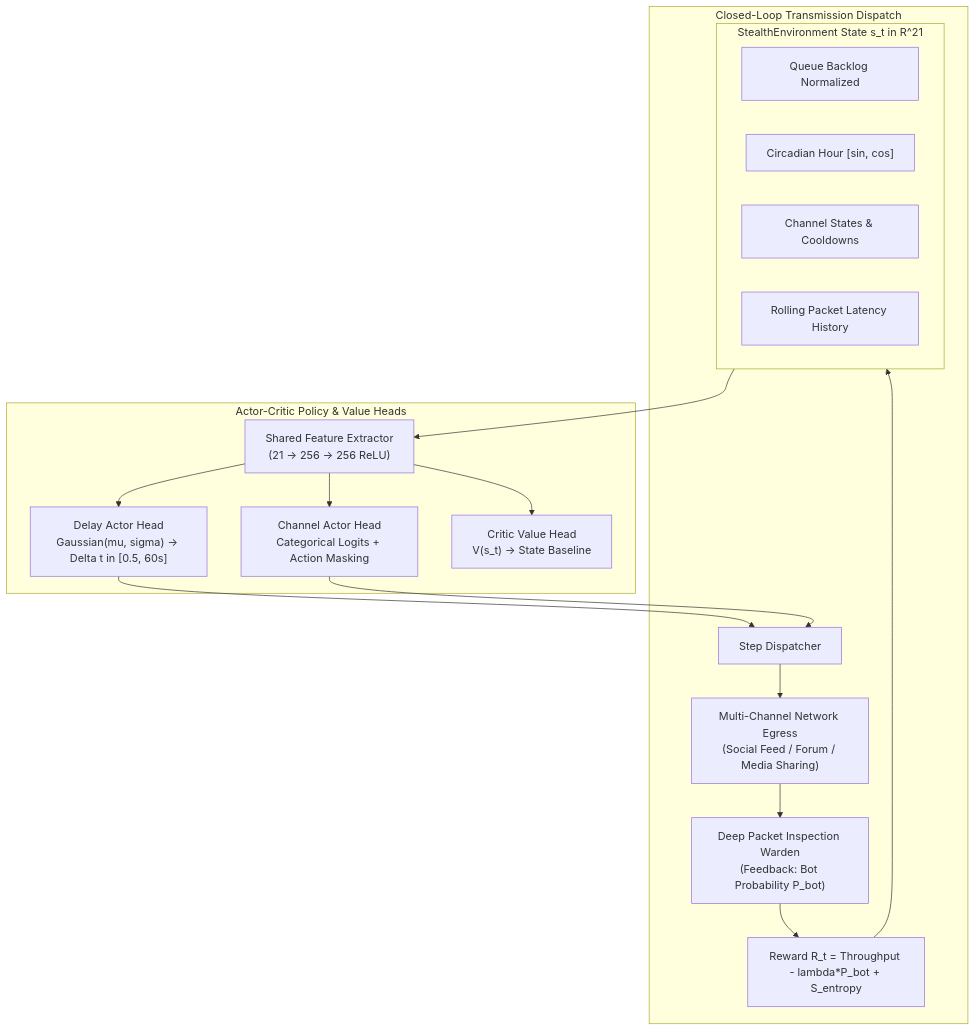
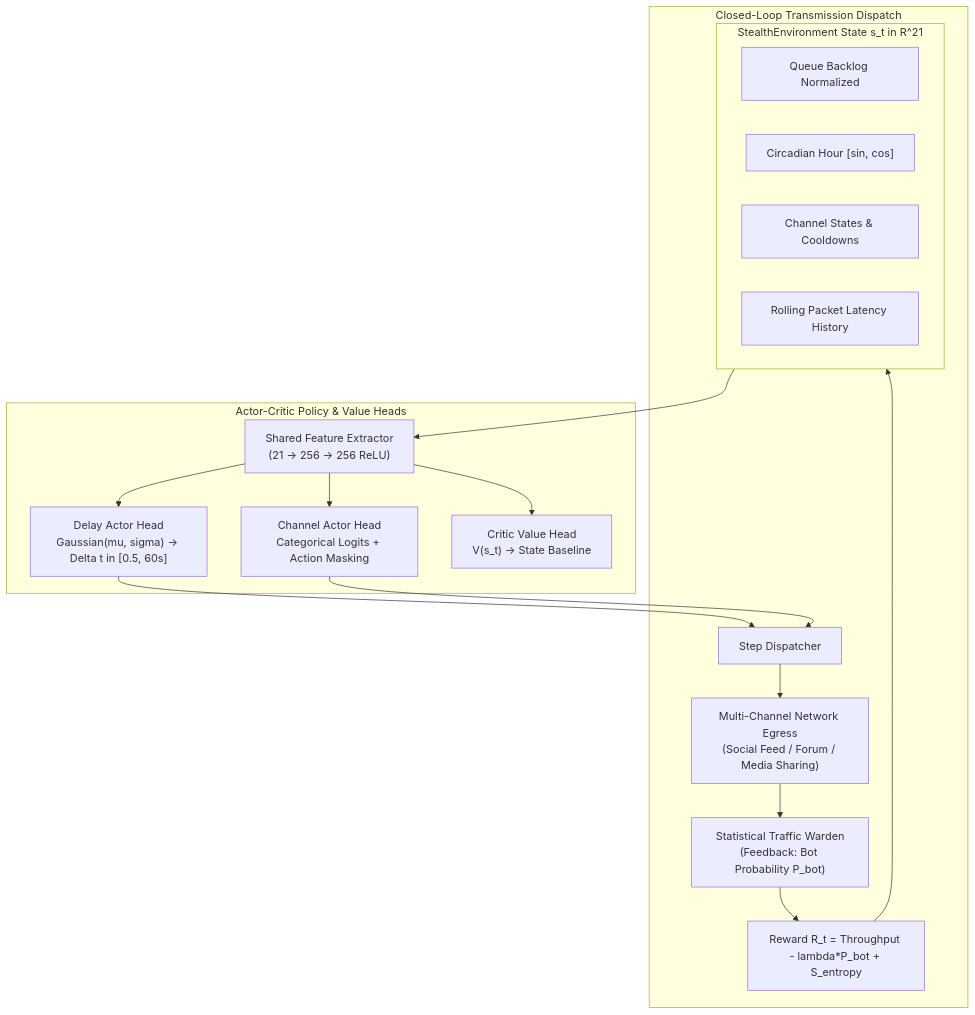
The diagram in docs/modules/07_PPO_REINFORCEMENT_LEARNING_SCHEDULER.md (jeevan4476/DCASS), drawn with Mermaid before and after one commit. The commit also changed other lines of this file and 36 other files, not shown here.

````diff
--- a/docs/modules/07_PPO_REINFORCEMENT_LEARNING_SCHEDULER.md
+++ b/docs/modules/07_PPO_REINFORCEMENT_LEARNING_SCHEDULER.md
@@ -19,26 +19,26 @@
 ```mermaid
 flowchart TD
     subgraph EnvState["StealthEnvironment State s_t in R^21"]
         Q["Queue Backlog Normalized"]
         H["Circadian Hour [sin, cos]"]
         CH["Channel States & Cooldowns"]
         LAT["Rolling Packet Latency History"]
     end
 
     EnvState --> SHARED["Shared Feature Extractor\n(21 -> 256 -> 256 ReLU)"]
 
     subgraph DualHeads["Actor-Critic Policy & Value Heads"]
         SHARED --> DELAY["Delay Actor Head\nGaussian(mu, sigma) -> Delta t in [0.5, 60s]"]
         SHARED --> CHAN["Channel Actor Head\nCategorical Logits + Action Masking"]
         SHARED --> VALUE["Critic Value Head\nV(s_t) -> State Baseline"]
     end
 
     subgraph ClosedLoop["Closed-Loop Transmission Dispatch"]
         DELAY --> DISP["Step Dispatcher"]
         CHAN --> DISP
         DISP --> NET["Multi-Channel Network Egress\n(Social Feed / Forum / Media Sharing)"]
-        NET --> WARDEN["Deep Packet Inspection Warden\n(Feedback: Bot Probability P_bot)"]
+        NET --> WARDEN["Statistical Traffic Warden\n(Feedback: Bot Probability P_bot)"]
         WARDEN --> REWARD["Reward R_t = Throughput - lambda*P_bot + S_entropy"]
         REWARD --> EnvState
     end
 ```
````
